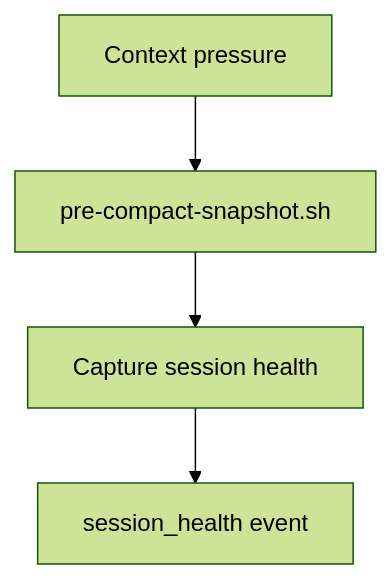
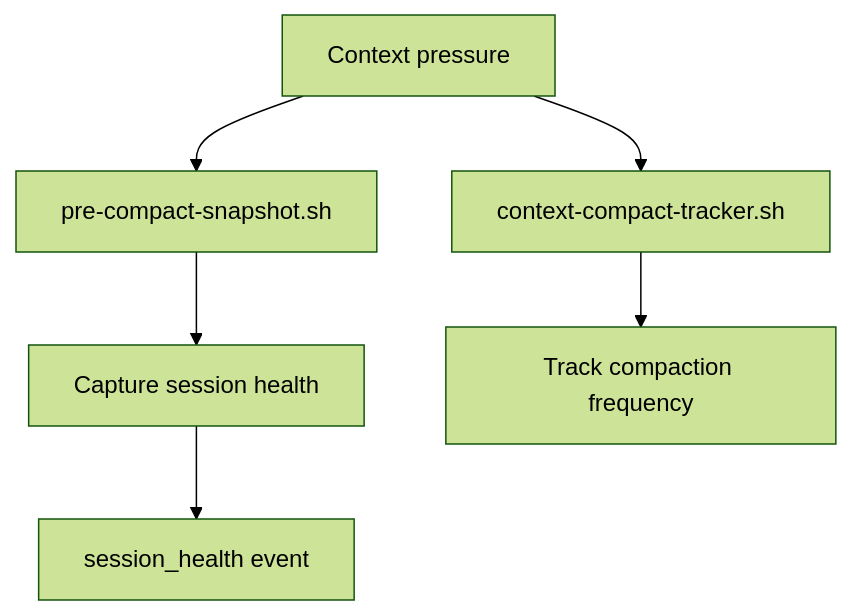
Before and after one commit to meaganewaller/weekly-reviews: diagram 22 of 25 in data-capture.md, drawn with Mermaid (forest theme). The commit also changed other lines of this file and 2 other files, not shown here.

First line of the commit message:
feat: Update data capture and friction taxonomy documentation

```diff
--- a/data-capture.md
+++ b/data-capture.md
@@ -325,6 +475,8 @@
 {% mermaid %}
 flowchart TD
     A[Context pressure] --> B[pre-compact-snapshot.sh]
-    B --> C[Capture session health]
-    C --> D[session_health event]
+    A --> C[context-compact-tracker.sh]
+    B --> D[Capture session health]
+    C --> E[Track compaction frequency]
+    D --> F[session_health event]
 {% endmermaid %}
```
